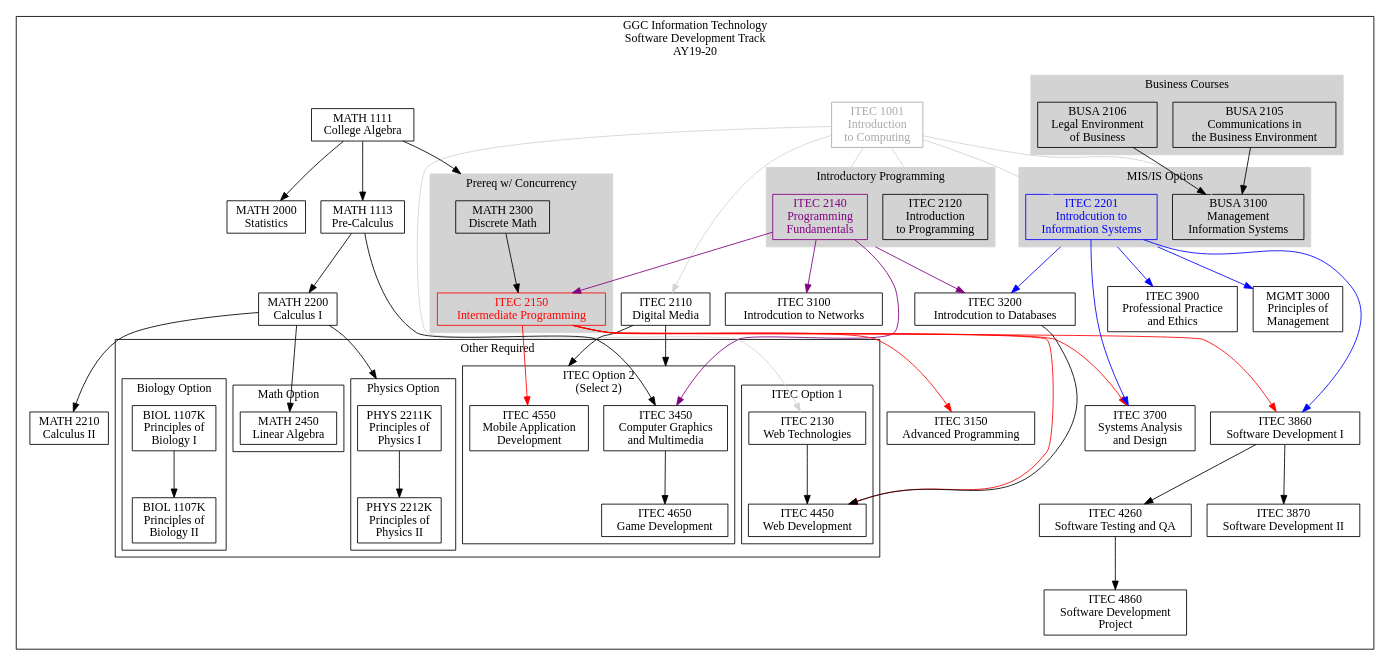
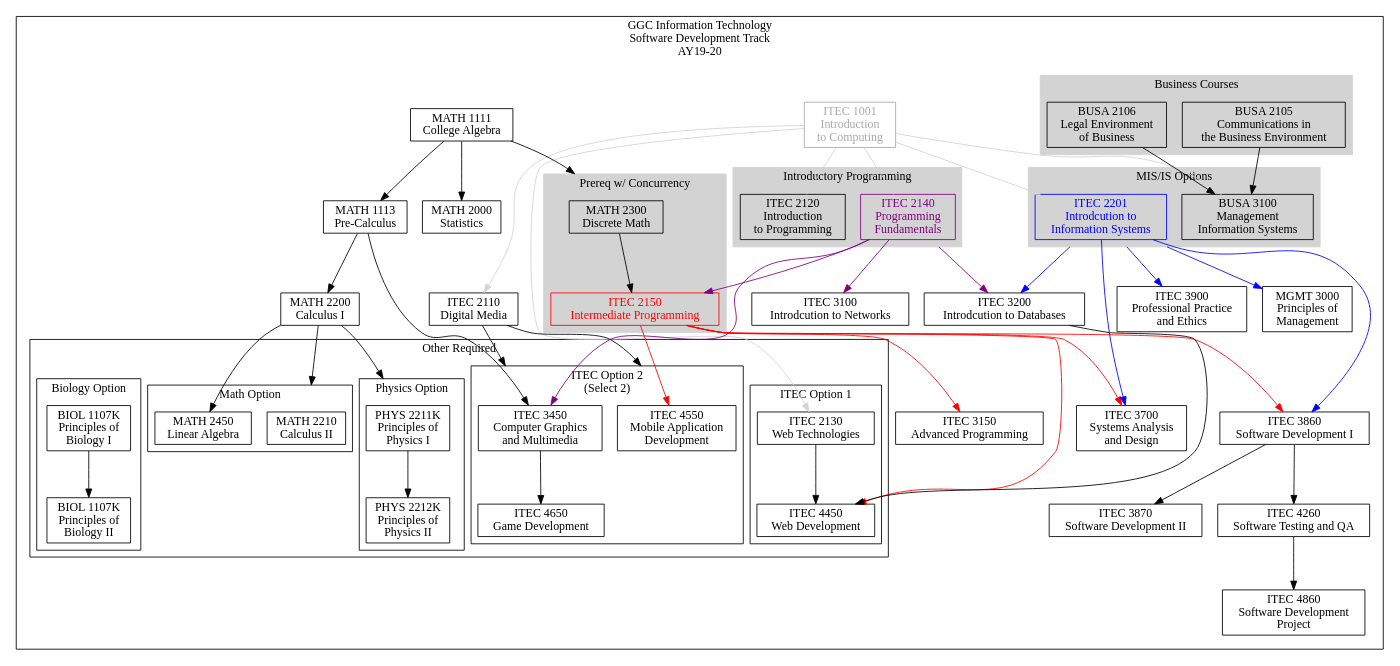
Before and after one commit to rjlutz/itec-plans: the diagram in AY19-20/SoftwareDevelopment.dot, drawn with Graphviz. The commit also changed 5 other files, not shown here.

```diff
--- a/AY19-20/SoftwareDevelopment.dot
+++ b/AY19-20/SoftwareDevelopment.dot
@@ -1,163 +1,164 @@
 digraph G {
 
     node [shape = record, fontname="Sans serif" fontsize="14"];
     compound = true //  needed to link clusters and nodes
     splines = true
     ranksep=0.75
 
      // All
     itec1001[label = "ITEC 1001\nIntroduction \nto Computing" color=darkgray fontcolor=darkgray]
     itec2110[label = "ITEC 2110\nDigital Media"]
     itec2120[label = "ITEC 2120\nIntroduction\nto Programming"]
     itec2130[label = "ITEC 2130\nWeb Technologies"]
     itec2140[label = "ITEC 2140\nProgramming \nFundamentals" color=purple fontcolor=purple]
     itec2150[label = "ITEC 2150\nIntermediate Programming" color=red fontcolor=red]
     itec2201[label = "ITEC 2201\nIntrodcution to\nInformation Systems" color=blue fontcolor=blue]
     itec3100[label = "ITEC 3100\nIntrodcution to Networks"]
     itec3200[label = "ITEC 3200\nIntrodcution to Databases"]
     itec3900[label = "ITEC 3900\nProfessional Practice\nand Ethics"]
     busa2105[label = "BUSA 2105\nCommunications in\nthe Business Environment"]
     busa2106[label = "BUSA 2106\nLegal Environment\nof Business"]
     busa3100[label = "BUSA 3100\nManagement \nInformation Systems"]
     math1111[label = "MATH 1111\nCollege Algebra"]
     math1113[label = "MATH 1113\nPre-Calculus"]
     math2300[label = "MATH 2300\nDiscrete Math"]
     math2000[label = "MATH 2000\nStatistics"]
     math2200[label = "MATH 2200\nCalculus I"]
     mgmt3000[label = "MGMT 3000\nPrinciples of\nManagement"]
 
     // Software Development 
     itec3150[label = "ITEC 3150\nAdvanced Programming"]
     itec3450[label = "ITEC 3450\nComputer Graphics\nand Multimedia"]
     itec3700[label = "ITEC 3700\nSystems Analysis\nand Design"]
     itec3860[label = "ITEC 3860\nSoftware Development I"]
     itec3870[label = "ITEC 3870\nSoftware Development II"]
     itec4260[label = "ITEC 4260\nSoftware Testing and QA"]
     itec4860[label = "ITEC 4860\nSoftware Development\nProject"]
     itec4450[label = "ITEC 4450\nWeb Development"]
     itec4550[label = "ITEC 4550\nMobile Application\nDevelopment"]
     itec4650[label = "ITEC 4650\nGame Development"]
     math2210[label = "MATH 2210\nCalculus II"]
     math2450[label = "MATH 2450\nLinear Algebra"]
     phys2211k[label = "PHYS 2211K\nPrinciples of\nPhysics I"]
     phys2212k[label = "PHYS 2212K\nPrinciples of\nPhysics II"]
     biol1107k[label = "BIOL 1107K\nPrinciples of\nBiology I"]
     biol1108k[label = "BIOL 1107K\nPrinciples of\nBiology II"]
 
 
     subgraph clustersd {
         label="GGC Information Technology\nSoftware Development Track\nAY19-20"
 
         subgraph clusterrequired {
             label=""
             node [style=filled];
             style=filled;
 
             color="#FFFFFF";
             
             itec1001 -> itec2110 [color=lightgray]
             itec1001 -> itec2120 [color=lightgray]
             itec1001 -> itec2130 [color=lightgray]
             itec1001 -> itec2201 [color=lightgray]
             itec1001 -> busa3100 [color=lightgray]
 
             busa2106 -> busa3100
             busa2105 -> busa3100
             itec1001 -> itec2140 [color=lightgray]
             itec2140 -> itec2150 [color=purple]
             itec2150 -> itec3150 [lltail=clusterdiscrete color=red]
 
             itec2140 -> itec3100 [color=purple]
             itec2201 -> itec3200 [color=blue ltail=cluster22013100];
             itec2140 -> itec3200 [ltail=cluster21202140 color=purple]
 
             itec2150 -> itec3700 [lltail=clusterdiscrete color=red]
             itec2201 -> itec3700 [color=blue]
 
             itec2150 -> itec3860 [color=red]
             itec2201 -> itec3860 [color=blue]
             itec3860 -> itec3870
             itec2201 -> itec3900 [ltail=cluster22013100 color=blue]
             itec3860 -> itec4260 -> itec4860
             itec2201 -> mgmt3000 [ltail=cluster22013100 color=blue]
 
             math1113 -> math2200
             math1111 -> math1113
             math1111 -> math2000
             math1111 -> math2300 [lhead=clusterdiscrete]
             math2200 -> math2210 [lhead=clustermathopt]
             math2200 -> math2450
             itec3200 -> itec4450
 
             math1113 -> itec3450
             itec2110 -> itec3450 [lhead=clusteritecopt2]
             itec2140 -> itec3450 [color=purple]
             itec2110 -> itec4550 [lhead=clusteritecopt2]
             math2200 -> phys2211k [lhead=clusterphysopt]
             itec2150 -> itec4550 [color=red]
 
             subgraph cluster21202140 {
                 label = "Introductory Programming";
                 color=lightgrey;
                 itec2120
                 itec2140
             }
             subgraph cluster22013100 {
                 label = "MIS/IS Options";
                 color=lightgrey;
                 itec2201
                 busa3100
             }
             subgraph cluster21052106 {
                 label = "Business Courses"
                 color=lightgrey;
                 busa2105
                 busa2106
             }
             
             subgraph clusterdiscrete {
                 label = "Prereq w/ Concurrency";
                 node [style=filled];
                 style=filled;
                 color=lightgrey;
                 math2300 -> itec2150
             }
 
             subgraph clusterotherrequired {
                 label = "Other Required"
                 node [style=filled];
                 style=filled;
                 graph[style=solid]
                 color=black;
 
                 subgraph clusteritecopt1 {
                     label = "ITEC Option 1";
                     itec2130 -> itec4450
                     itec2150 -> itec4450 [color=red]
                 }
 
                 subgraph clusteritecopt2 {
                     label = "ITEC Option 2\n(Select 2)";
                     
                     itec3450 -> itec4650
                     itec4550
                 }
 
                 subgraph clusterbiolopt {
                     label = "Biology Option";
                     biol1107k -> biol1108k
                 }
 
                 subgraph clustermathopt {
                     label = "Math Option";
+                    math2210
                     math2450
                 }
 
                 subgraph clusterphysopt {
                     label = "Physics Option"
                     phys2211k -> phys2212k
                 }
             }
         }    
     }
 }
```
